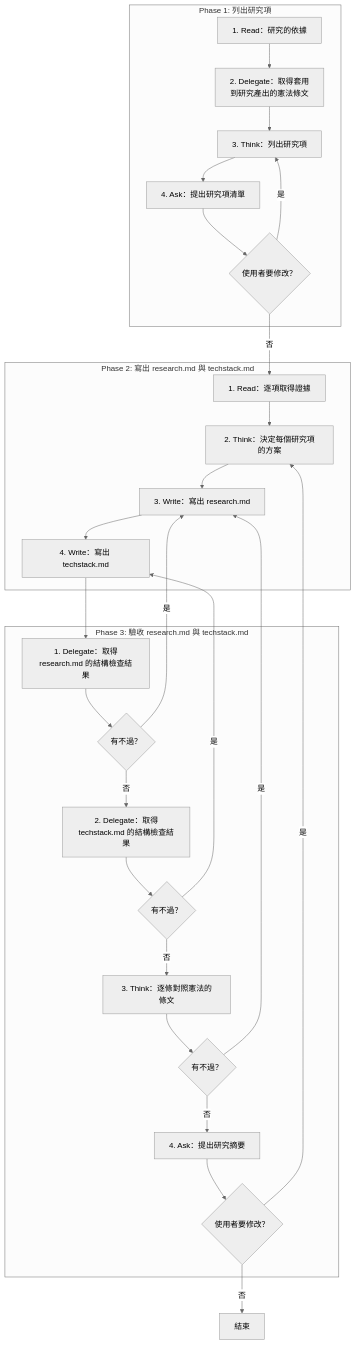
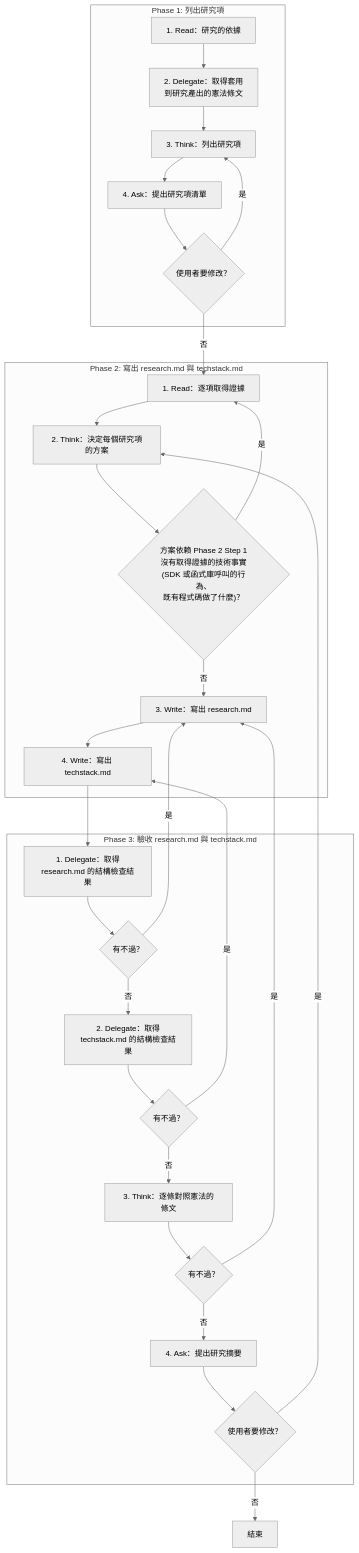
Before and after one commit to AI-x-BDD/BDGG-Dev-Skills: the diagram in .agents/skills/technical-research/SKILL.md, drawn with Mermaid (neutral theme). The commit also changed other lines of this file and 3 other files, not shown here.

````diff
--- a/.agents/skills/technical-research/SKILL.md
+++ b/.agents/skills/technical-research/SKILL.md
@@ -29,49 +29,52 @@
 ```mermaid
 flowchart TD
     subgraph P1["Phase 1: 列出研究項"]
         P1S1["1. Read：研究的依據"]
         P1S2["2. Delegate：取得套用<br/>到研究產出的憲法條文"]
         P1S3["3. Think：列出研究項"]
         P1S4["4. Ask：提出研究項清單"]
         G_P1S4_1{"使用者要修改？"}
     end
     subgraph P2["Phase 2: 寫出 research.md 與 techstack.md"]
         P2S1["1. Read：逐項取得證據"]
         P2S2["2. Think：決定每個研究項的方案"]
+        G_P2S2_1{"方案依賴 Phase 2 Step 1<br/>沒有取得證據的技術事實<br/>(SDK 或函式庫呼叫的行為、<br/>既有程式碼做了什麼)？"}
         P2S3["3. Write：寫出 research.md"]
         P2S4["4. Write：寫出 techstack.md"]
     end
     subgraph P3["Phase 3: 驗收 research.md 與 techstack.md"]
         P3S1["1. Delegate：取得<br/>research.md 的結構檢查結果"]
         G_P3S1_1{"有不過？"}
         P3S2["2. Delegate：取得<br/>techstack.md 的結構檢查結果"]
         G_P3S2_1{"有不過？"}
         P3S3["3. Think：逐條對照憲法的條文"]
         G_P3S3_1{"有不過？"}
         P3S4["4. Ask：提出研究摘要"]
         G_P3S4_1{"使用者要修改？"}
     end
     End["結束"]
     P1S1 --> P1S2
     P1S2 --> P1S3
     P1S3 --> P1S4
     P1S4 --> G_P1S4_1
     G_P1S4_1 -->|是| P1S3
     G_P1S4_1 -->|否| P2S1
     P2S1 --> P2S2
-    P2S2 --> P2S3
+    P2S2 --> G_P2S2_1
+    G_P2S2_1 -->|是| P2S1
+    G_P2S2_1 -->|否| P2S3
     P2S3 --> P2S4
     P2S4 --> P3S1
     P3S1 --> G_P3S1_1
     G_P3S1_1 -->|是| P2S3
     G_P3S1_1 -->|否| P3S2
     P3S2 --> G_P3S2_1
     G_P3S2_1 -->|是| P2S4
     G_P3S2_1 -->|否| P3S3
     P3S3 --> G_P3S3_1
     G_P3S3_1 -->|是| P2S3
     G_P3S3_1 -->|否| P3S4
     P3S4 --> G_P3S4_1
     G_P3S4_1 -->|是| P2S2
     G_P3S4_1 -->|否| End
 ```
````
